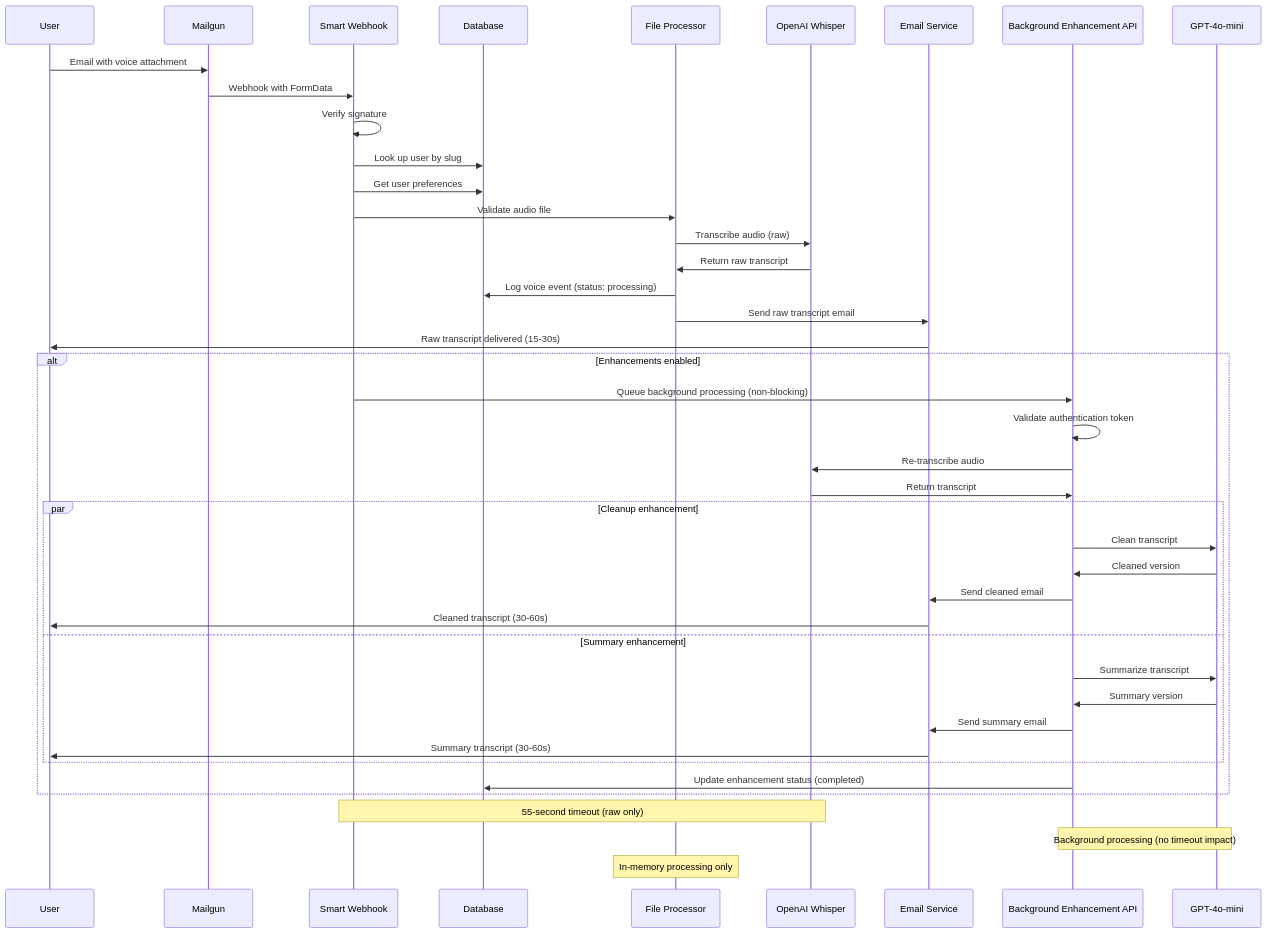
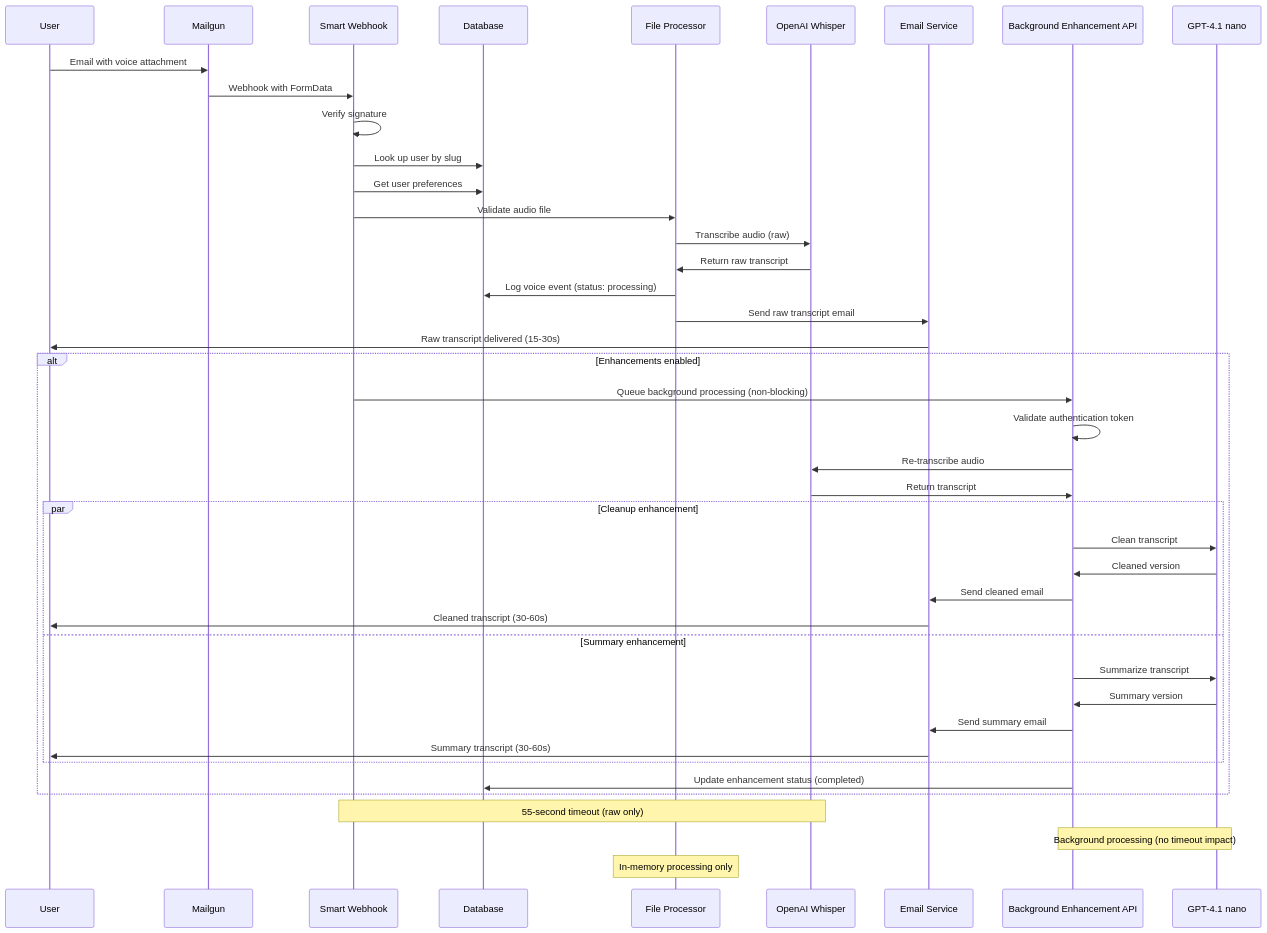
The third of 3 diagrams in ARCHITECTURE.md (jchu96/whatsapp-echo), drawn with Mermaid before and after one commit. The commit also changed other lines of this file and 22 other files, not shown here.

````diff
--- a/ARCHITECTURE.md
+++ b/ARCHITECTURE.md
@@ -187,52 +204,52 @@
 ```mermaid
 sequenceDiagram
     participant U as User
     participant M as Mailgun
     participant W as Smart Webhook
     participant D as Database  
     participant F as File Processor
     participant AI as OpenAI Whisper
     participant E as Email Service
     participant BG as Background Enhancement API
-    participant GPT as GPT-4o-mini
+    participant GPT as GPT-4.1 nano
     
     U->>M: Email with voice attachment
     M->>W: Webhook with FormData
     W->>W: Verify signature
     W->>D: Look up user by slug
     W->>D: Get user preferences
     
     %% Always process raw transcript first
     W->>F: Validate audio file
     F->>AI: Transcribe audio (raw)
     AI->>F: Return raw transcript
     F->>D: Log voice event (status: processing)
     F->>E: Send raw transcript email
     E->>U: Raw transcript delivered (15-30s)
     
     %% Optional enhancements in background
     alt Enhancements enabled
         W->>BG: Queue background processing (non-blocking)
         BG->>BG: Validate authentication token
         BG->>AI: Re-transcribe audio
         AI->>BG: Return transcript
         
         par Cleanup enhancement
             BG->>GPT: Clean transcript
             GPT->>BG: Cleaned version
             BG->>E: Send cleaned email
             E->>U: Cleaned transcript (30-60s)
         and Summary enhancement
             BG->>GPT: Summarize transcript
             GPT->>BG: Summary version
             BG->>E: Send summary email
             E->>U: Summary transcript (30-60s)
         end
         
         BG->>D: Update enhancement status (completed)
     end
     
     note over W,AI: 55-second timeout (raw only)
     note over BG,GPT: Background processing (no timeout impact)
     note over F: In-memory processing only
 ```
````
